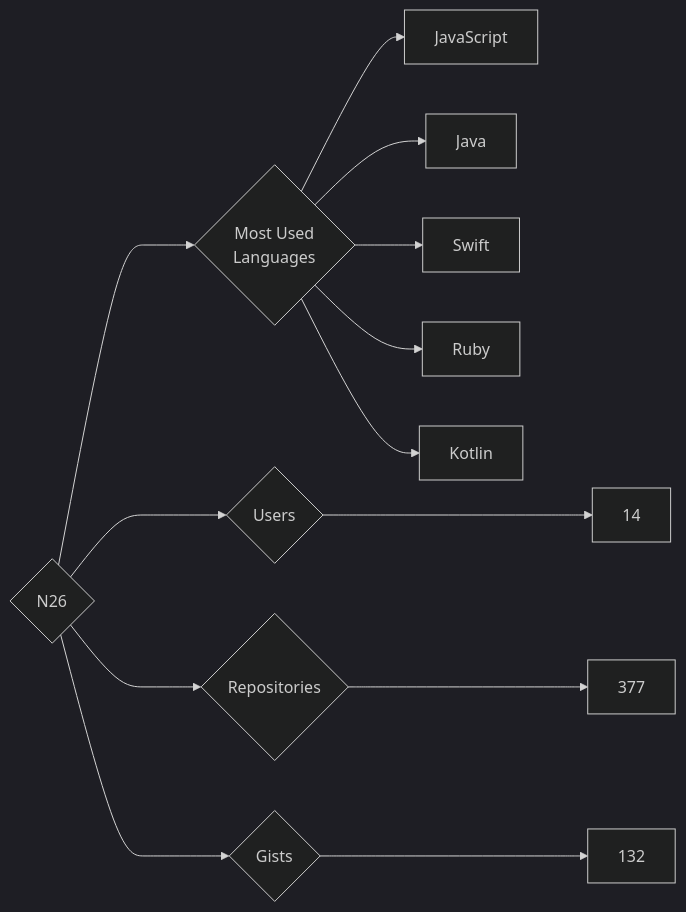
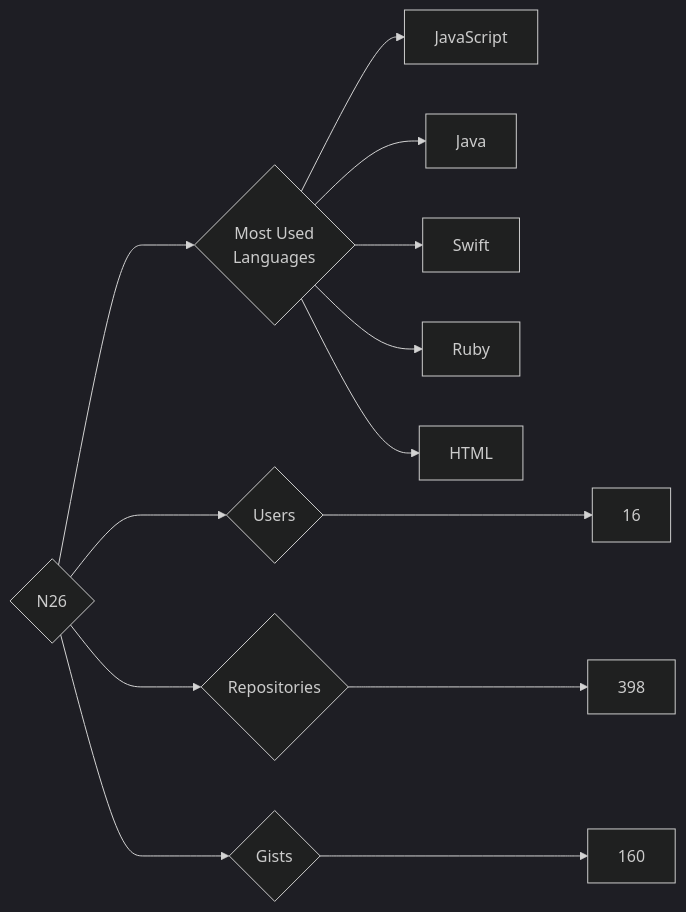
Before and after one commit to trickest/insiders: the diagram in targets/N26/README.md, drawn with Mermaid (dark theme). The commit also changed 1389 other files, not shown here.

````diff
--- a/targets/N26/README.md
+++ b/targets/N26/README.md
@@ -3,13 +3,13 @@
 ```mermaid
 graph LR
 COMPANY_NAME{N26}
-COMPANY_NAME ---> U{Users} ---> UN[14]
-COMPANY_NAME ---> R{Repositories} ---> RN[377]
-COMPANY_NAME ---> G{Gists} ---> GN[132]
+COMPANY_NAME ---> U{Users} ---> UN[16]
+COMPANY_NAME ---> R{Repositories} ---> RN[398]
+COMPANY_NAME ---> G{Gists} ---> GN[160]
 COMPANY_NAME ---> ML{Most Used<br>Languages}
 ML --> JavaScript[JavaScript]
 ML --> Java[Java]
 ML --> Swift[Swift]
 ML --> Ruby[Ruby]
-ML --> Kotlin[Kotlin]
+ML --> HTML[HTML]
 ```
````
